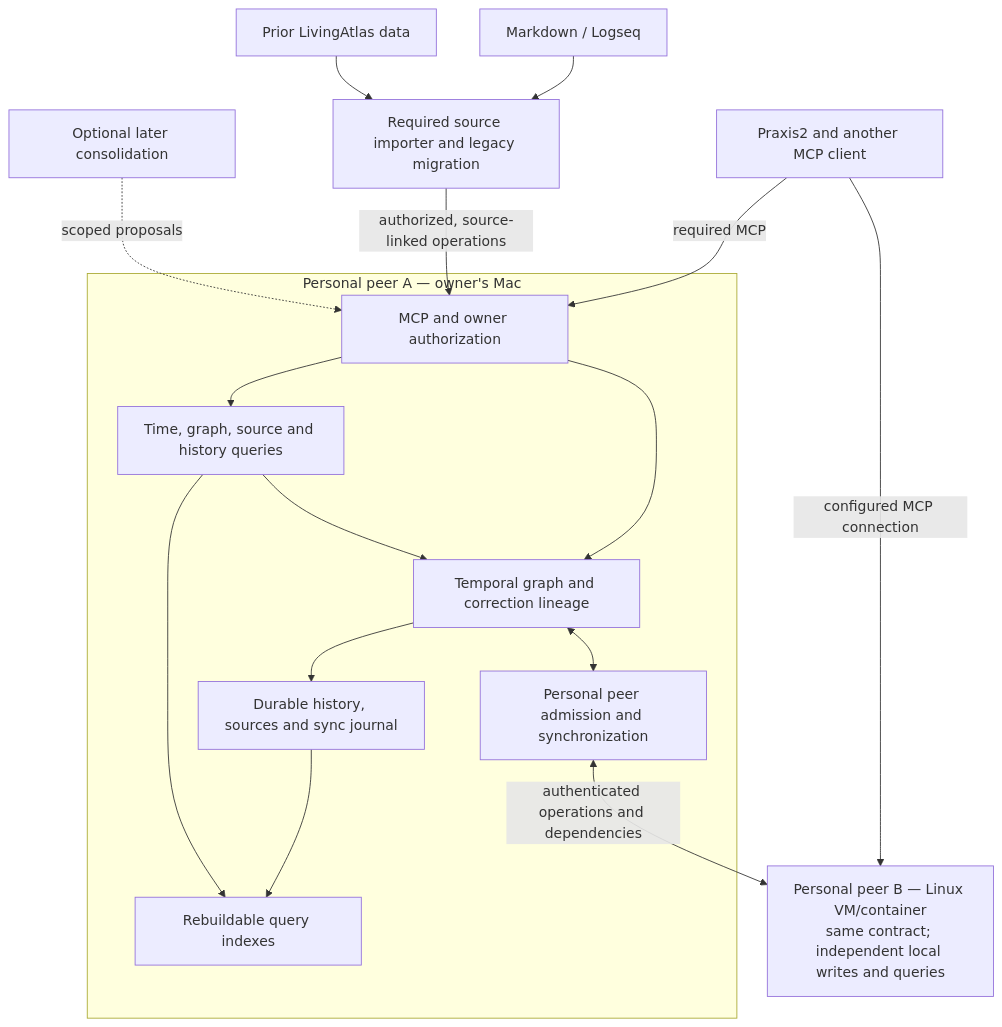
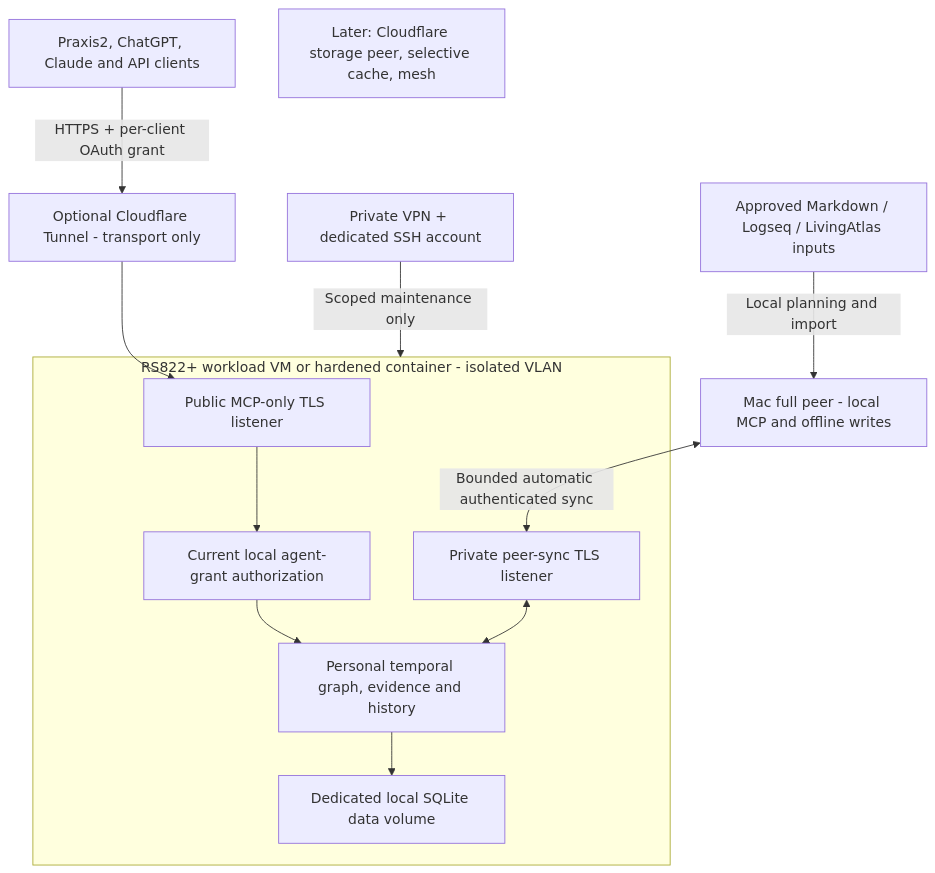
One commit to ProvisioInsights/RefactoredMemory changed the diagram in docs/ARCHITECTURE.md. Above: the diagram before and after it, drawn with Mermaid. The commit also changed other lines of this file and 23 other files, not shown here.

Commit message:
Reconcile NAS-first deployment, OAuth, synchronization and maintenance requirements

````diff
--- a/docs/ARCHITECTURE.md
+++ b/docs/ARCHITECTURE.md
@@ -7,19 +7,15 @@
 ```mermaid
 flowchart TB
-    C["Praxis2 and another MCP client"] -->|"required MCP"| A
-    F["Markdown / Logseq"] --> IMP["Required source importer and legacy migration"]
-    L["Prior LivingAtlas data"] --> IMP
-    IMP -->|"authorized, source-linked operations"| A
-    subgraph MAC["Personal peer A — owner's Mac"]
-        A["MCP and owner authorization"] --> G["Temporal graph and correction lineage"]
-        G --> D["Durable history, sources and sync journal"]
-        D --> I["Rebuildable query indexes"]
-        A --> Q["Time, graph, source and history queries"]
-        Q --> G
-        Q --> I
-        G <--> S["Personal peer admission and synchronization"]
+    C["Praxis2, ChatGPT, Claude and API clients"] -->|"HTTPS + per-client OAuth grant"| T["Optional Cloudflare Tunnel - transport only"]
+    T --> N
+    subgraph NAS["RS822+ workload VM or hardened container - isolated VLAN"]
+        N["Public MCP-only TLS listener"] --> A["Current local agent-grant authorization"]
+        A --> G["Personal temporal graph, evidence and history"]
+        G --> D["Dedicated local SQLite data volume"]
+        S["Private peer-sync TLS listener"] <--> G
     end
-    S <-->|"authenticated operations and dependencies"| B["Personal peer B — Linux VM/container<br/>same contract; independent local writes and queries"]
-    C -->|"configured MCP connection"| B
-    W["Optional later consolidation"] -.->|"scoped proposals"| A
+    M["Mac full peer - local MCP and offline writes"] <-->|"Bounded automatic authenticated sync"| S
+    F["Approved Markdown / Logseq / LivingAtlas inputs"] -->|"Local planning and import"| M
+    O["Private VPN + dedicated SSH account"] -->|"Scoped maintenance only"| NAS
+    X["Later: Cloudflare storage peer, selective cache, mesh"]
 ```
````
